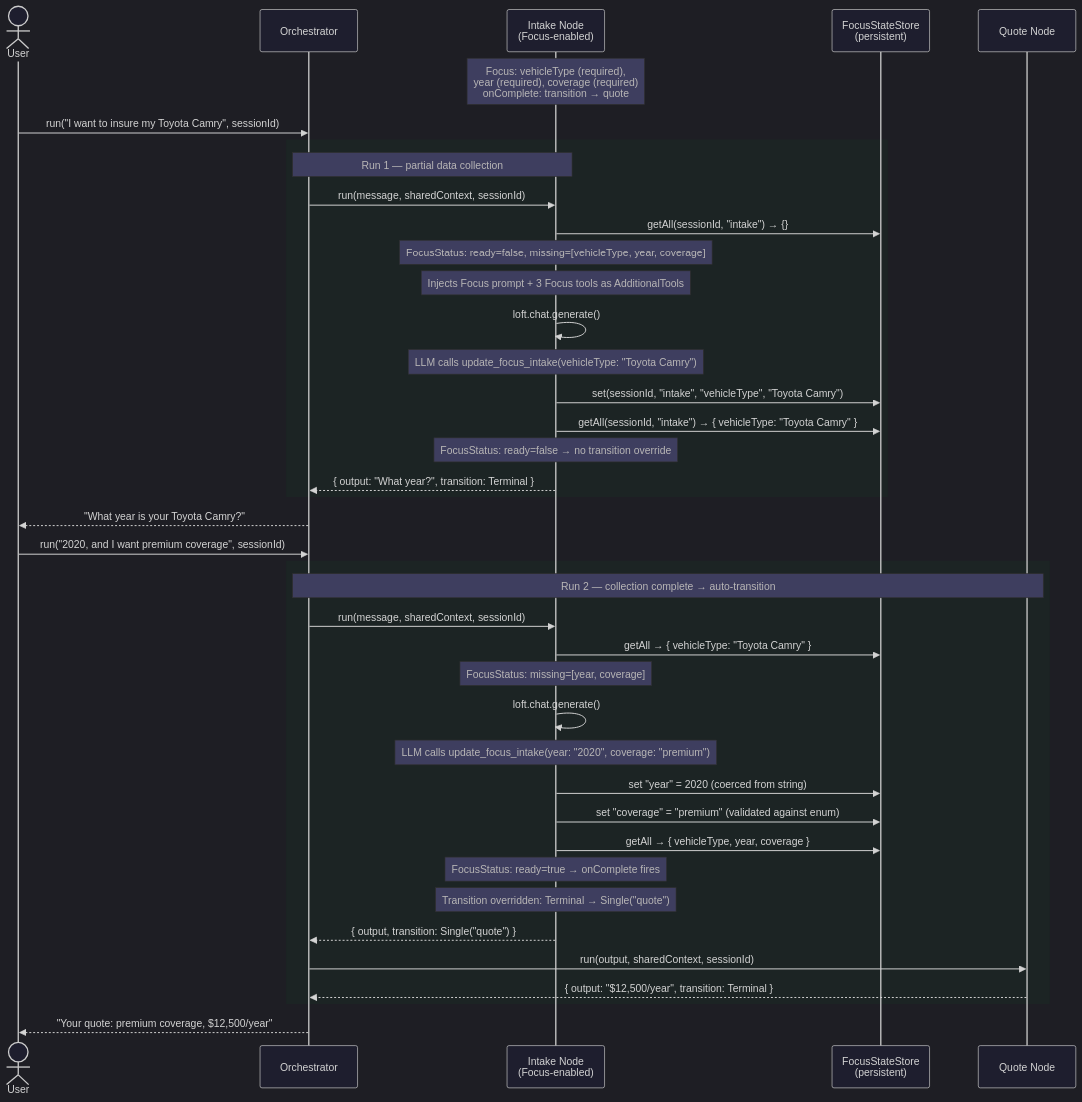
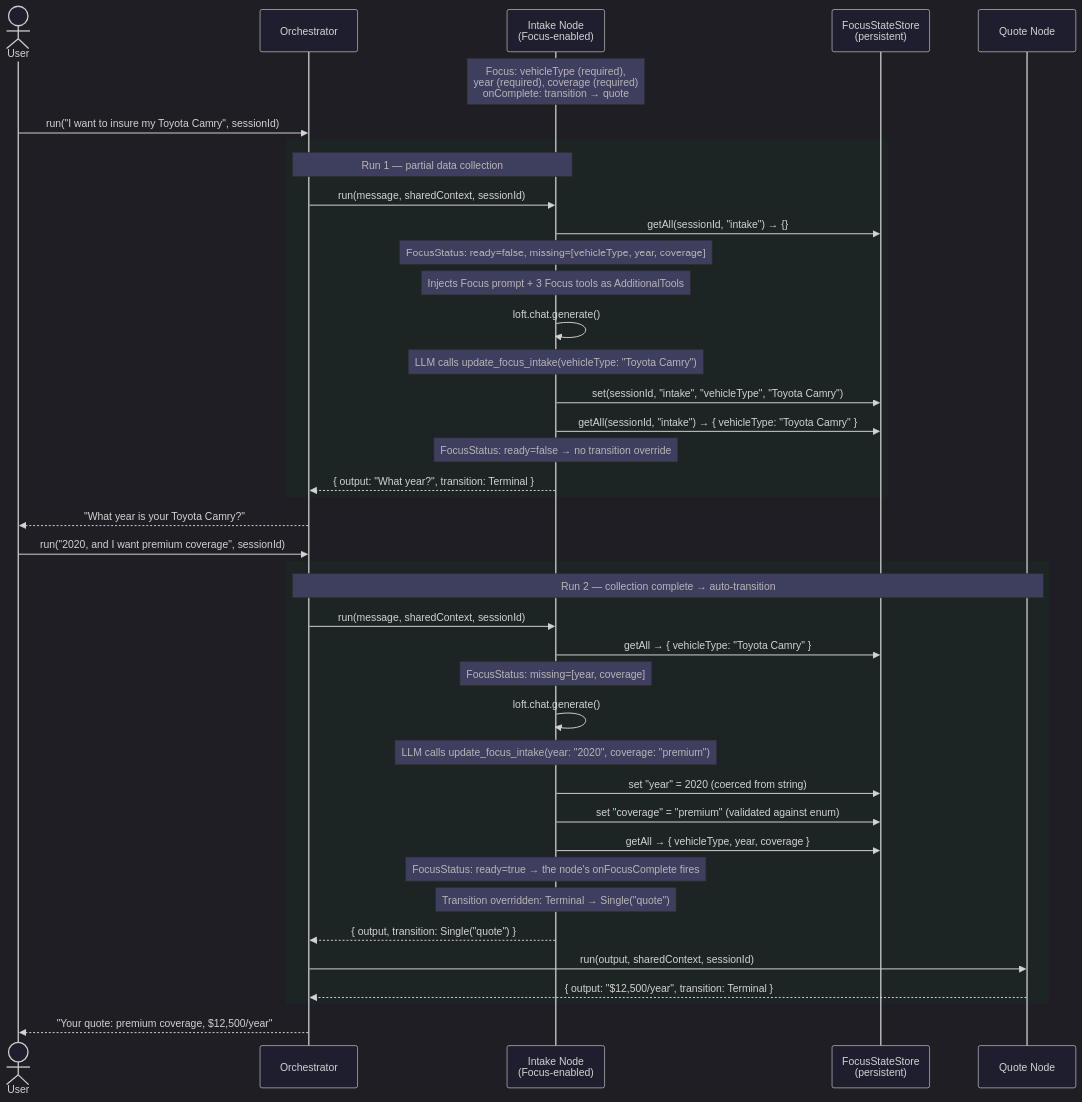
One commit to MoC-OSS/LOFT changed the third of 8 diagrams in docs/concepts/agents/flow-diagrams.md. Above: the diagram before and after it, drawn with Mermaid. The commit also changed other lines of this file and 95 other files, not shown here.

````diff
--- a/docs/concepts/agents/flow-diagrams.md
+++ b/docs/concepts/agents/flow-diagrams.md
@@ -112,50 +112,50 @@
 ```mermaid
 %%{init: {'theme': 'dark', 'themeVariables': {'primaryColor': '#1e3a5f', 'primaryTextColor': '#e0e0e0', 'primaryBorderColor': '#4a7dff', 'lineColor': '#888', 'secondaryColor': '#2d2714', 'tertiaryColor': '#1a3326', 'background': '#141414', 'mainBkg': '#1e1e2e', 'nodeBorder': '#555', 'clusterBkg': '#1a1a2e', 'clusterBorder': '#444', 'edgeLabelBackground': '#1e1e2e'}}}%%
 sequenceDiagram
     actor User
     participant O as Orchestrator
     participant IN as Intake Node<br/>(Focus-enabled)
     participant FS as FocusStateStore<br/>(persistent)
     participant Q as Quote Node
 
     Note over IN: Focus: vehicleType (required),<br/>year (required), coverage (required)<br/>onComplete: transition → quote
 
     User->>O: run("I want to insure my Toyota Camry", sessionId)
 
     rect rgba(26, 51, 38, 0.3)
         Note over O,IN: Run 1 — partial data collection
         O->>IN: run(message, sharedContext, sessionId)
         IN->>FS: getAll(sessionId, "intake") → {}
         Note over IN: FocusStatus: ready=false, missing=[vehicleType, year, coverage]
         Note over IN: Injects Focus prompt + 3 Focus tools as AdditionalTools
         IN->>IN: loft.chat.generate()
         Note over IN: LLM calls update_focus_intake(vehicleType: "Toyota Camry")
         IN->>FS: set(sessionId, "intake", "vehicleType", "Toyota Camry")
         IN->>FS: getAll(sessionId, "intake") → { vehicleType: "Toyota Camry" }
         Note over IN: FocusStatus: ready=false → no transition override
         IN-->>O: { output: "What year?", transition: Terminal }
     end
 
     O-->>User: "What year is your Toyota Camry?"
 
     User->>O: run("2020, and I want premium coverage", sessionId)
 
     rect rgba(26, 51, 38, 0.3)
         Note over O,Q: Run 2 — collection complete → auto-transition
         O->>IN: run(message, sharedContext, sessionId)
         IN->>FS: getAll → { vehicleType: "Toyota Camry" }
         Note over IN: FocusStatus: missing=[year, coverage]
         IN->>IN: loft.chat.generate()
         Note over IN: LLM calls update_focus_intake(year: "2020", coverage: "premium")
         IN->>FS: set "year" = 2020 (coerced from string)
         IN->>FS: set "coverage" = "premium" (validated against enum)
         IN->>FS: getAll → { vehicleType, year, coverage }
-        Note over IN: FocusStatus: ready=true → onComplete fires
+        Note over IN: FocusStatus: ready=true → the node's onFocusComplete fires
         Note over IN: Transition overridden: Terminal → Single("quote")
         IN-->>O: { output, transition: Single("quote") }
         O->>Q: run(output, sharedContext, sessionId)
         Q-->>O: { output: "$12,500/year", transition: Terminal }
     end
 
     O-->>User: "Your quote: premium coverage, $12,500/year"
 ```
````
